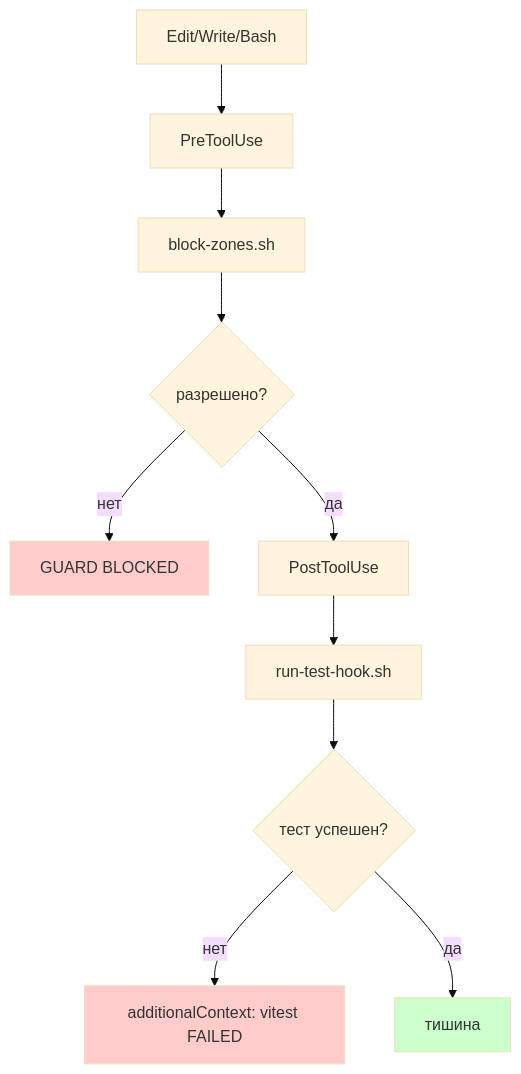
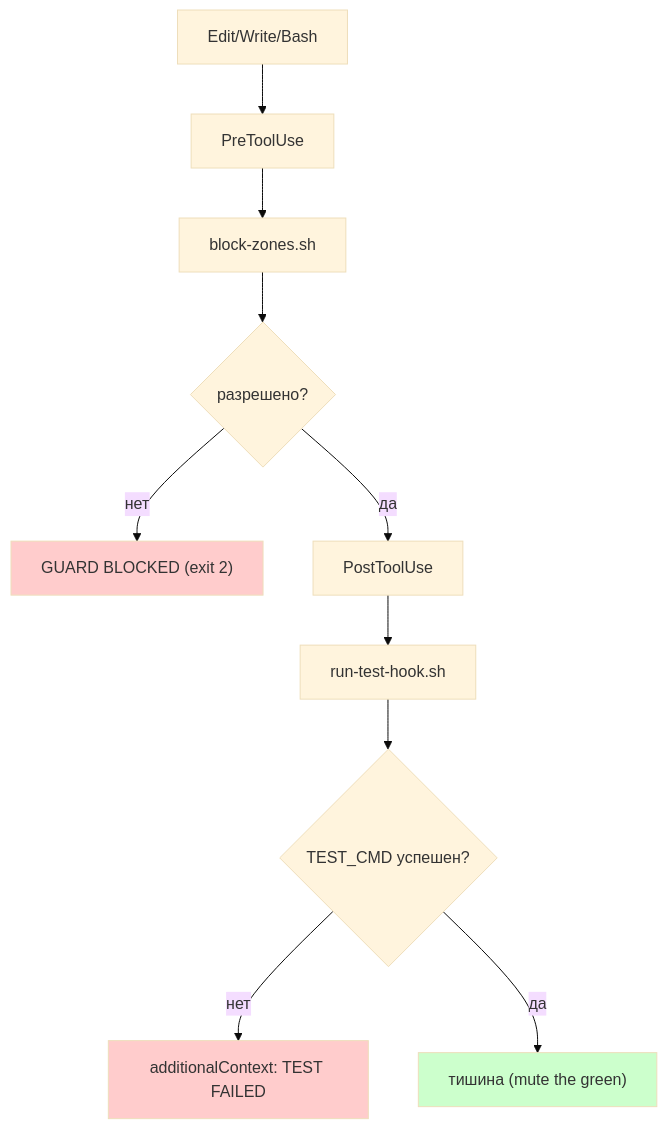
Before and after one commit to shumik323/harness-engineering: the second of 3 diagrams in README.md, drawn with Mermaid (base theme). The commit also changed other lines of this file and 25 other files, not shown here.

````diff
--- a/README.md
+++ b/README.md
@@ -48,15 +83,15 @@
 ```mermaid
 flowchart TD
     A["Edit/Write/Bash"] --> B["PreToolUse"]
     B --> C["block-zones.sh"]
     C --> D{разрешено?}
-    D -->|нет| E["GUARD BLOCKED"]
+    D -->|нет| E["GUARD BLOCKED (exit 2)"]
     D -->|да| F["PostToolUse"]
     F --> G["run-test-hook.sh"]
-    G --> H{тест успешен?}
-    H -->|нет| I["additionalContext: vitest FAILED"]
-    H -->|да| J["тишина"]
+    G --> H{TEST_CMD успешен?}
+    H -->|нет| I["additionalContext: TEST FAILED"]
+    H -->|да| J["тишина (mute the green)"]
     style E fill:#ffcccc
     style I fill:#ffcccc
     style J fill:#ccffcc
 ```
````
